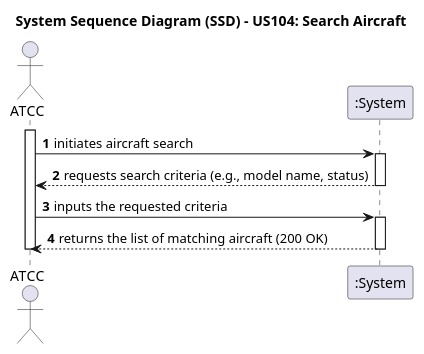
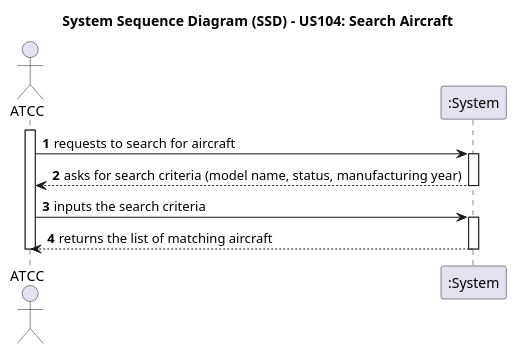
The diagram in docs/use-cases/WP#1A/US104/puml/US104-SSD.puml (Andre-1240567/psoft2026_2DB_1240567_1241013_1240624), drawn with PlantUML before and after one commit. The commit also changed 26 other files, not shown here.

```diff
--- a/docs/use-cases/WP#1A/US104/puml/US104-SSD.puml
+++ b/docs/use-cases/WP#1A/US104/puml/US104-SSD.puml
@@ -1,19 +1,21 @@
 @startuml US104-SSD
 autonumber
 title System Sequence Diagram (SSD) - US104: Search Aircraft
 
 actor "ATCC" as Actor
 participant ":System" as System
 
 activate Actor
-Actor -> System: initiates aircraft search
+Actor -> System: requests to search for aircraft
 activate System
-System --> Actor: requests search criteria (e.g., model name, status)
+
+System --> Actor: asks for search criteria (model name, status, manufacturing year)
 deactivate System
 
-Actor -> System: inputs the requested criteria
+Actor -> System: inputs the search criteria
 activate System
-System --> Actor: returns the list of matching aircraft (200 OK)
+
+System --> Actor: returns the list of matching aircraft
 deactivate System
 deactivate Actor
 @enduml
```
